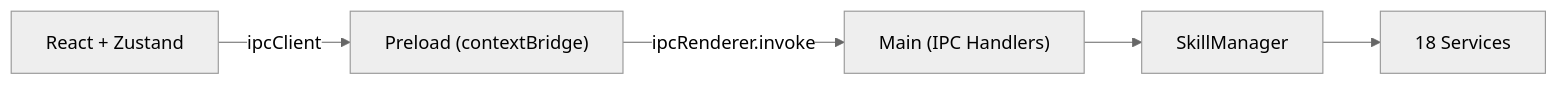
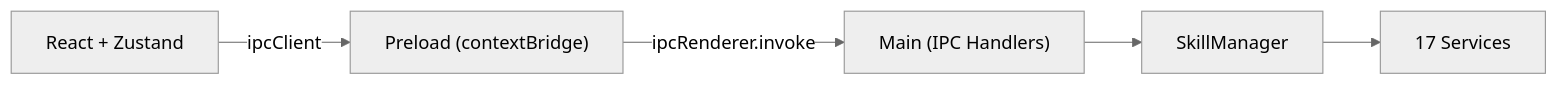
The diagram in README.md (crazygang-ai/skillpilot), drawn with Mermaid (neutral theme) before and after one commit. The commit also changed other lines of this file and 23 other files, not shown here.

````diff
--- a/README.md
+++ b/README.md
@@ -102,7 +100,7 @@
 ```mermaid
 graph LR
     A["React + Zustand"] -->|ipcClient| B["Preload (contextBridge)"]
     B -->|ipcRenderer.invoke| C["Main (IPC Handlers)"]
     C --> D["SkillManager"]
-    D --> E["18 Services"]
+    D --> E["17 Services"]
 ```
````
